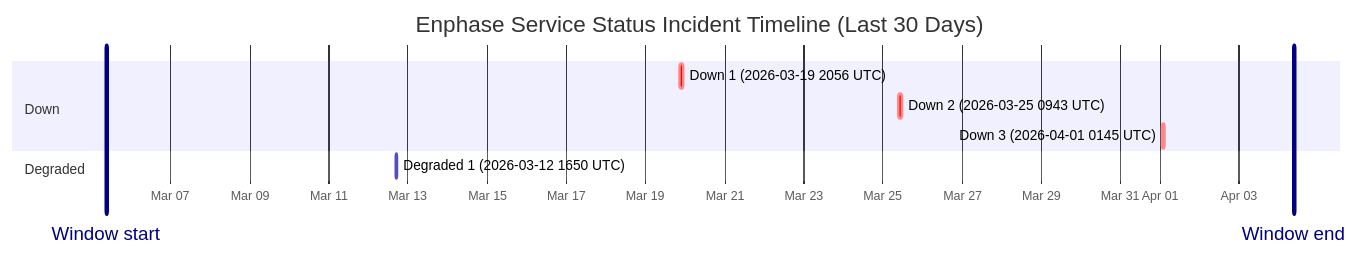
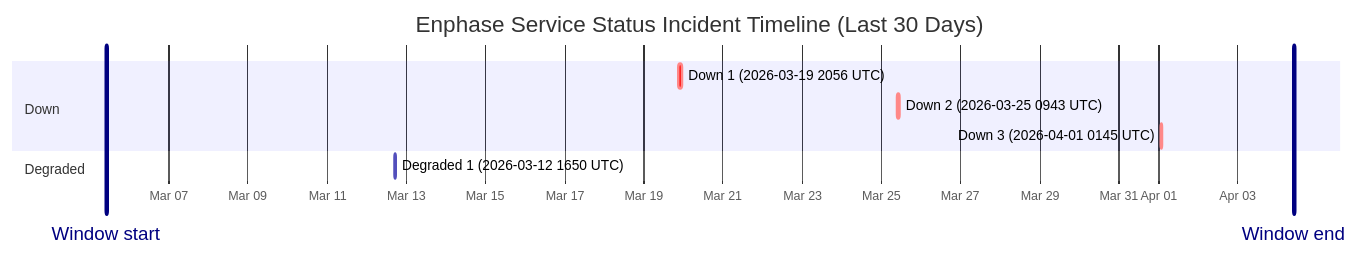
Before and after one commit to barneyonline/ha-enphase-ev-charger: the diagram in wiki/Service-Status-History.md, drawn with Mermaid. The commit also changed other lines of this file and 3 other files, not shown here.

````diff
--- a/wiki/Service-Status-History.md
+++ b/wiki/Service-Status-History.md
@@ -14,14 +14,14 @@
 ```mermaid
 gantt
     title Enphase Service Status Incident Timeline (Last 30 Days)
     dateFormat  YYYY-MM-DDTHH:mm:ss
     axisFormat  %b %d
-    Window start :vert, window-start, 2026-03-05T09:05:59, 0ms
-    Window end :vert, window-end, 2026-04-04T09:05:59, 0ms
+    Window start :vert, window-start, 2026-03-05T10:00:54, 0ms
+    Window end :vert, window-end, 2026-04-04T10:00:54, 0ms
     section Down
     Down 1 (2026-03-19 2056 UTC) :crit, down-1, 2026-03-19T20:56:20, 145m
     Down 2 (2026-03-25 0943 UTC) :crit, down-2, 2026-03-25T09:43:28, 111m
     Down 3 (2026-04-01 0145 UTC) :crit, down-3, 2026-04-01T01:45:09, 60m
     section Degraded
     Degraded 1 (2026-03-12 1650 UTC) :active, degraded-1, 2026-03-12T16:50:43, 60m
 ```
````
